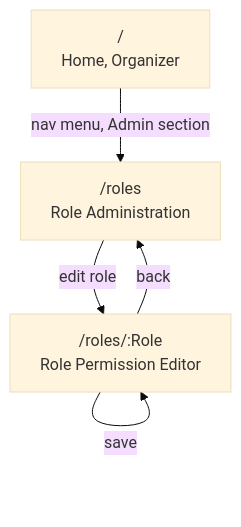
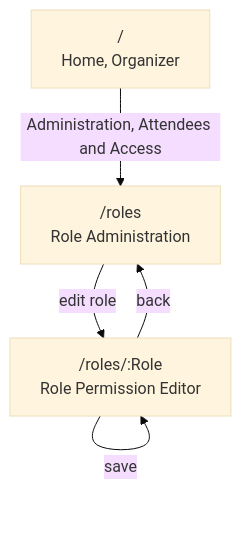
Diagram 14 of 14 in docs-src/guides/adc-NavigationFlow.md (ivanball/ivanball.github.io), drawn with Mermaid (base theme) before and after one commit. The commit also changed other lines of this file and 7 other files, not shown here.

````diff
--- a/docs-src/guides/adc-NavigationFlow.md
+++ b/docs-src/guides/adc-NavigationFlow.md
@@ -692,7 +693,7 @@
 ```mermaid
 flowchart TD
-    Home["/<br/>Home, Organizer"] -->|nav menu, Admin section| Roles["/roles<br/>Role Administration"]
+    Home["/<br/>Home, Organizer"] -->|Administration, Attendees and Access| Roles["/roles<br/>Role Administration"]
     Roles -->|edit role| RoleEdit["/roles/:Role<br/>Role Permission Editor"]
     RoleEdit -->|save| RoleEdit
     RoleEdit -->|back| Roles
 ```
````
